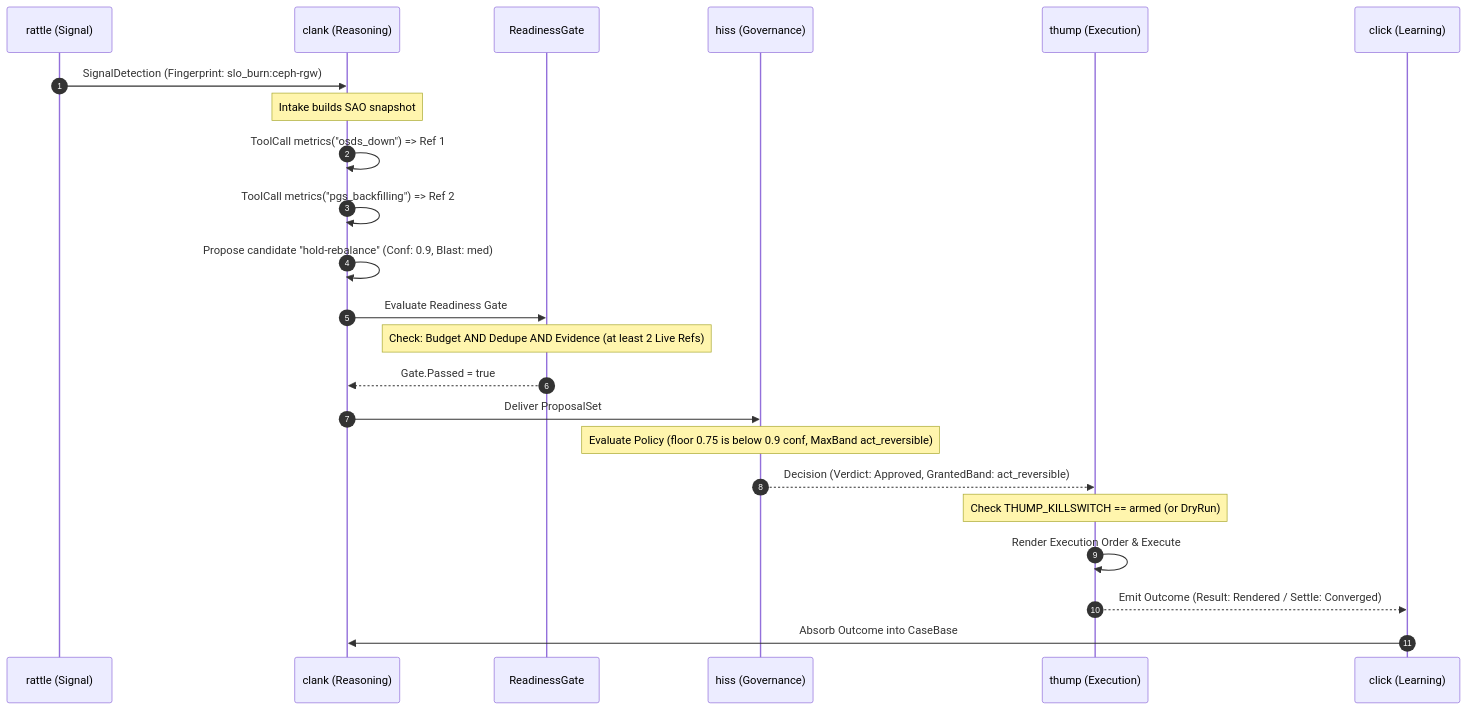
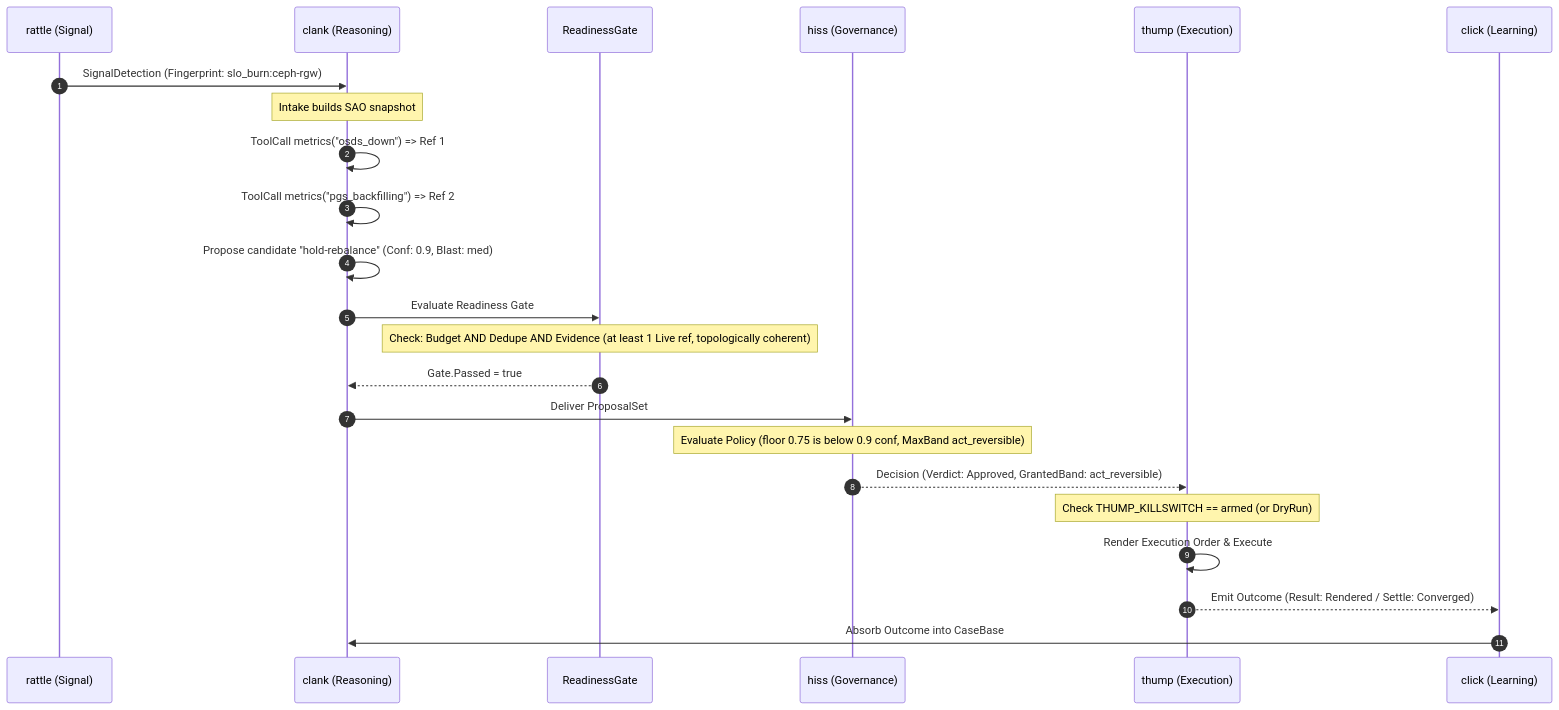
Before and after one commit to IanEff/thump: the fourth of 5 diagrams in docs/c4-architecture.md, drawn with Mermaid. The commit also changed other lines of this file and 5 other files, not shown here.

````diff
--- a/docs/c4-architecture.md
+++ b/docs/c4-architecture.md
@@ -119,26 +119,26 @@
 ```mermaid
 sequenceDiagram
     autonumber
     participant R as rattle (Signal)
     participant C as clank (Reasoning)
     participant G as ReadinessGate
     participant H as hiss (Governance)
     participant T as thump (Execution)
     participant L as click (Learning)
 
     R->>C: SignalDetection (Fingerprint: slo_burn:ceph-rgw)
     Note over C: Intake builds SAO snapshot
     C->>C: ToolCall metrics("osds_down") => Ref 1
     C->>C: ToolCall metrics("pgs_backfilling") => Ref 2
     C->>C: Propose candidate "hold-rebalance" (Conf: 0.9, Blast: med)
     C->>G: Evaluate Readiness Gate
-    Note over G: Check: Budget AND Dedupe AND Evidence (at least 2 Live Refs)
+    Note over G: Check: Budget AND Dedupe AND Evidence (at least 1 Live ref, topologically coherent)
     G-->>C: Gate.Passed = true
     C->>H: Deliver ProposalSet
     Note over H: Evaluate Policy (floor 0.75 is below 0.9 conf, MaxBand act_reversible)
     H-->>T: Decision (Verdict: Approved, GrantedBand: act_reversible)
     Note over T: Check THUMP_KILLSWITCH == armed (or DryRun)
     T->>T: Render Execution Order & Execute
     T-->>L: Emit Outcome (Result: Rendered / Settle: Converged)
     L->>C: Absorb Outcome into CaseBase
 ```
````
